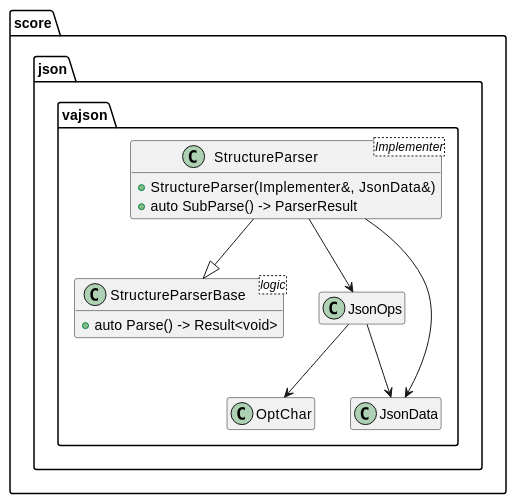
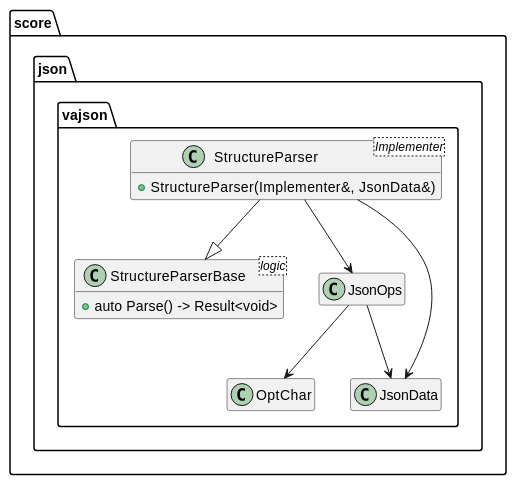
The second of 4 diagrams in score/json/docs/vajson/detailed_design/logical/Reader.rst (eclipse-score/baselibs), drawn with PlantUML before and after one commit. The commit also changed other lines of this file and 46 other files, not shown here.

```diff
--- a/score/json/docs/vajson/detailed_design/logical/Reader.rst
+++ b/score/json/docs/vajson/detailed_design/logical/Reader.rst
@@ -407,33 +134,32 @@
 .. uml::
 
     @startuml
     hide empty members
 
     package "score" {
       package "json" {
         package "vajson" {
           class StructureParser<Implementer> {
             + StructureParser(Implementer&, JsonData&)
-            + auto SubParse() -> ParserResult
           }
           class StructureParserBase<logic> {
           + auto Parse() -> Result<void>
           }
 
           class OptChar {}
 
           class JsonOps {}
 
           class JsonData {}
         }
       }
     }
 
     StructureParser --> JsonOps
     StructureParser --|> StructureParserBase
 
     StructureParser --> JsonData
 
     JsonOps --> JsonData
     JsonOps --> OptChar
     @enduml
```
